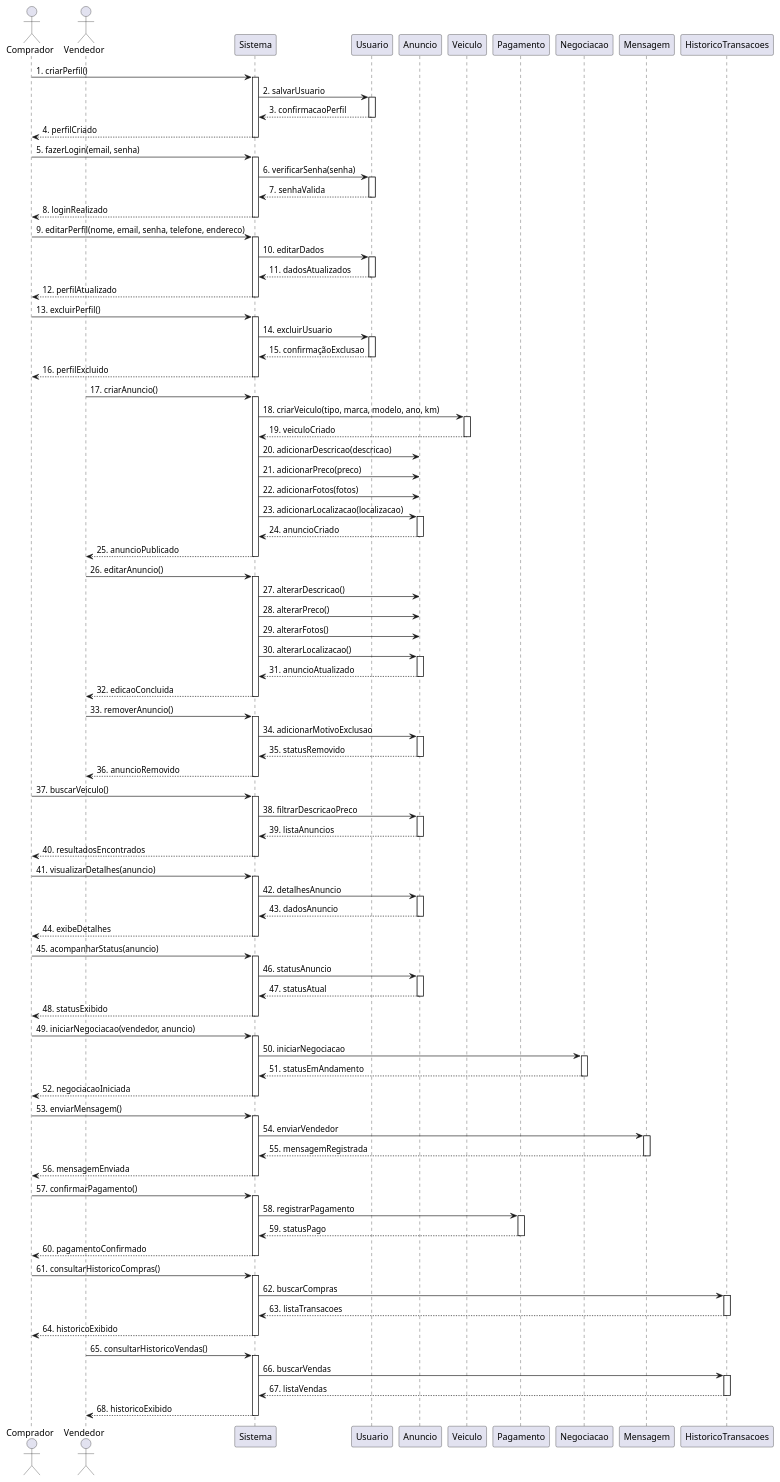
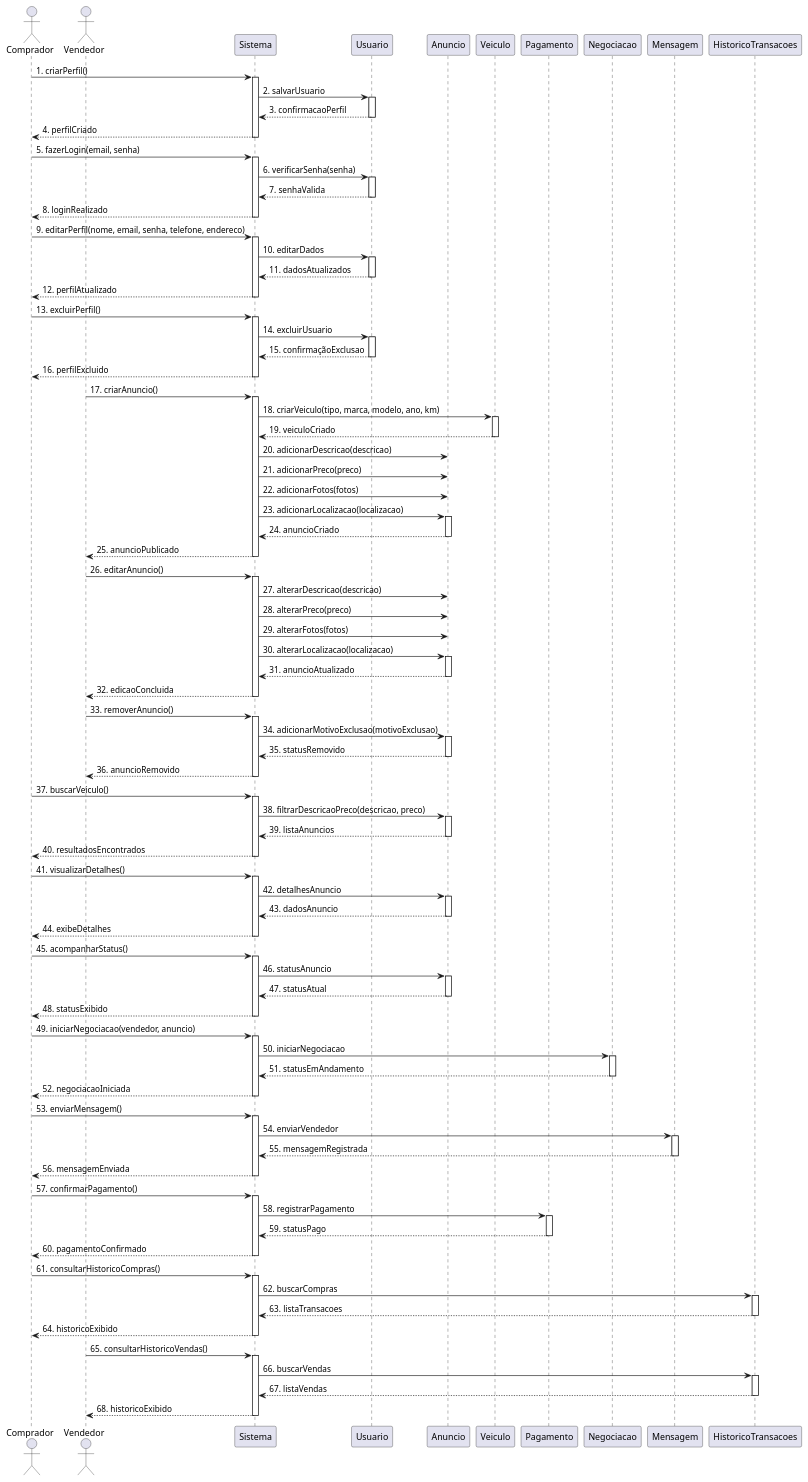
Before and after one commit to guilhermeoliveirateo/sistema-compra-venda-veiculos: the diagram in diagramas_sequencia_uc_sistema.md, drawn with PlantUML.

```diff
--- a/diagramas_sequencia_uc_sistema.md
+++ b/diagramas_sequencia_uc_sistema.md
@@ -74,10 +74,10 @@
 
 Vendedor -> Sistema : 26. editarAnuncio()
 activate Sistema
-Sistema -> Anuncio : 27. alterarDescricao()
-Sistema -> Anuncio : 28. alterarPreco()
-Sistema -> Anuncio : 29. alterarFotos()
-Sistema -> Anuncio : 30. alterarLocalizacao()
+Sistema -> Anuncio : 27. alterarDescricao(descricao)
+Sistema -> Anuncio : 28. alterarPreco(preco)
+Sistema -> Anuncio : 29. alterarFotos(fotos)
+Sistema -> Anuncio : 30. alterarLocalizacao(localizacao)
 activate Anuncio
 Anuncio --> Sistema : 31. anuncioAtualizado
 deactivate Anuncio
@@ -86,7 +86,7 @@
 
 Vendedor -> Sistema : 33. removerAnuncio()
 activate Sistema
-Sistema -> Anuncio : 34. adicionarMotivoExclusao
+Sistema -> Anuncio : 34. adicionarMotivoExclusao(motivoExclusao)
 activate Anuncio
 Anuncio --> Sistema : 35. statusRemovido
 deactivate Anuncio
@@ -95,14 +95,14 @@
 
 Comprador -> Sistema : 37. buscarVeiculo()
 activate Sistema
-Sistema -> Anuncio : 38. filtrarDescricaoPreco
+Sistema -> Anuncio : 38. filtrarDescricaoPreco(descricao, preco)
 activate Anuncio
 Anuncio --> Sistema : 39. listaAnuncios
 deactivate Anuncio
 Sistema --> Comprador : 40. resultadosEncontrados
 deactivate Sistema
 
-Comprador -> Sistema : 41. visualizarDetalhes(anuncio)
+Comprador -> Sistema : 41. visualizarDetalhes()
 activate Sistema
 Sistema -> Anuncio : 42. detalhesAnuncio
 activate Anuncio
@@ -111,7 +111,7 @@
 Sistema --> Comprador : 44. exibeDetalhes
 deactivate Sistema
 
-Comprador -> Sistema : 45. acompanharStatus(anuncio)
+Comprador -> Sistema : 45. acompanharStatus()
 activate Sistema
 Sistema -> Anuncio : 46. statusAnuncio
 activate Anuncio
```
